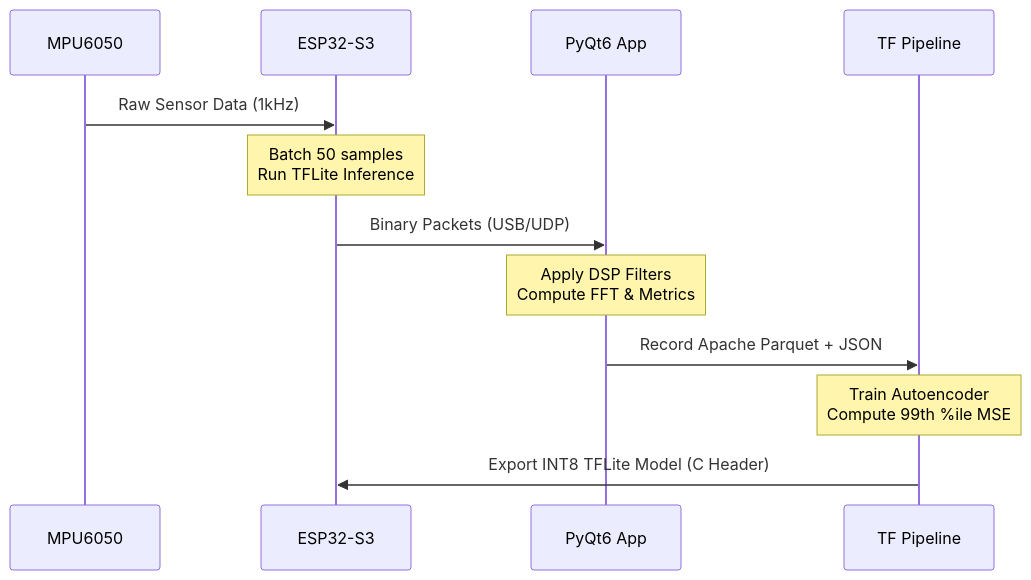
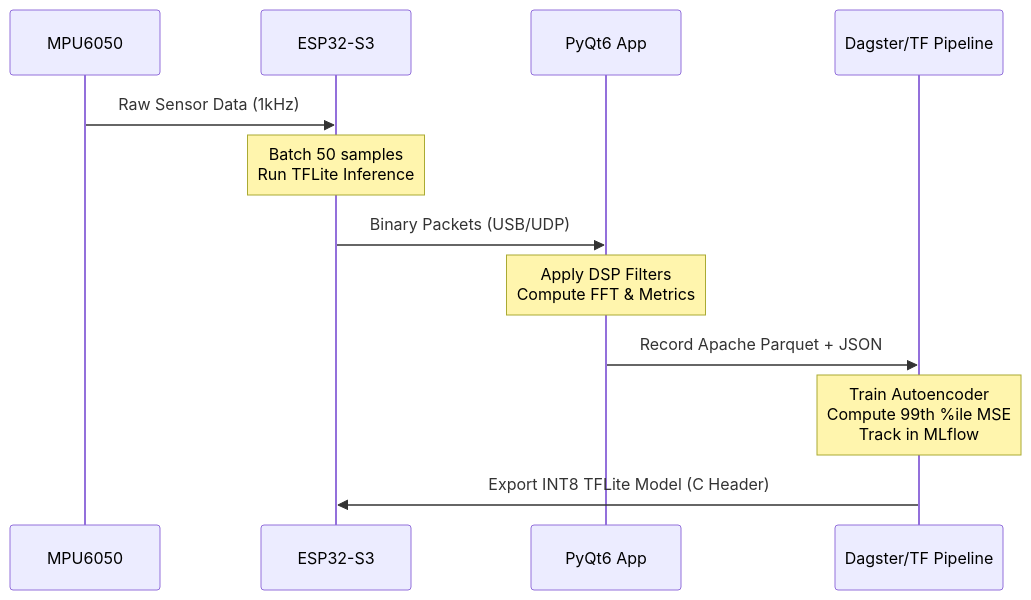
One commit to Dilharajay/MechaVybe changed the second of 2 diagrams in README.md. Above: the diagram before and after it, drawn with Mermaid. The commit also changed other lines of this file and 1 other file, not shown here.

Commit message:
Update READMEs to reflect Dagster and MLflow modularization

````diff
--- a/README.md
+++ b/README.md
@@ -39,15 +39,15 @@
 ```mermaid
 sequenceDiagram
     participant MPU as MPU6050
     participant ESP as ESP32-S3
     participant PC as PyQt6 App
-    participant ML as TF Pipeline
+    participant ML as Dagster/TF Pipeline
 
     MPU->>ESP: Raw Sensor Data (1kHz)
     Note over ESP: Batch 50 samples<br/>Run TFLite Inference
     ESP->>PC: Binary Packets (USB/UDP)
     Note over PC: Apply DSP Filters<br/>Compute FFT & Metrics
     PC->>ML: Record Apache Parquet + JSON
-    Note over ML: Train Autoencoder<br/>Compute 99th %ile MSE
+    Note over ML: Train Autoencoder<br/>Compute 99th %ile MSE<br/>Track in MLflow
     ML->>ESP: Export INT8 TFLite Model (C Header)
 ```
````
